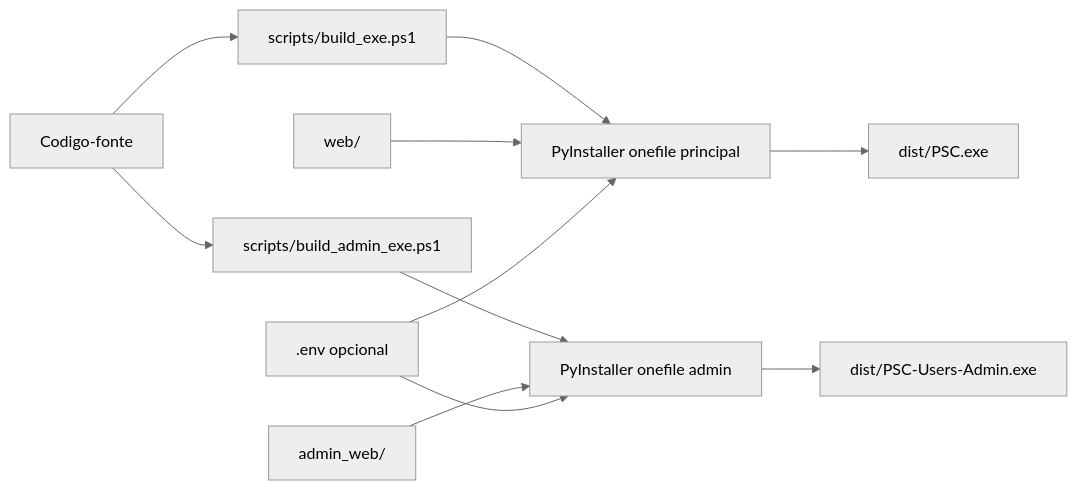
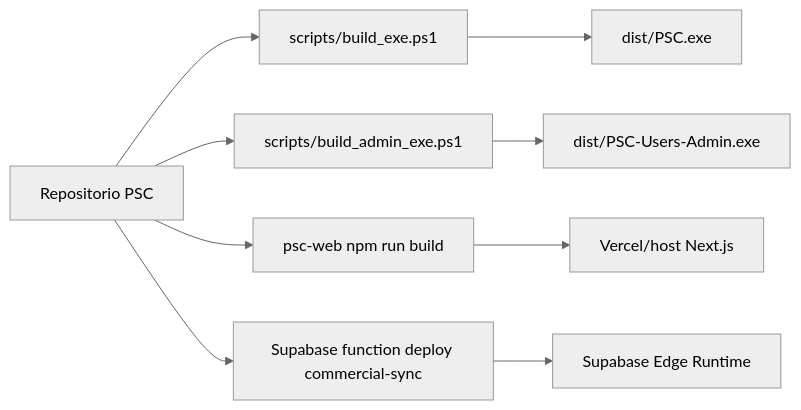
One commit to jpao08/PSC changed the sixth of 6 diagrams in docs/ai-context/SERVICE-DIAGRAM.md. Above: the diagram before and after it, drawn with Mermaid (neutral theme). The commit also changed other lines of this file and 40 other files, not shown here.

````diff
--- a/docs/ai-context/SERVICE-DIAGRAM.md
+++ b/docs/ai-context/SERVICE-DIAGRAM.md
@@ -42,13 +117,11 @@
 ```mermaid
 flowchart LR
-  Source[Codigo-fonte] --> BuildMain[scripts/build_exe.ps1]
+  Source[Repositorio PSC] --> BuildMain[scripts/build_exe.ps1]
   Source --> BuildAdmin[scripts/build_admin_exe.ps1]
-  BuildMain --> PyInstallerMain[PyInstaller onefile principal]
-  BuildAdmin --> PyInstallerAdmin[PyInstaller onefile admin]
-  PyInstallerMain --> MainExe[dist/PSC.exe]
-  PyInstallerAdmin --> AdminExe[dist/PSC-Users-Admin.exe]
-  Web[web/] --> PyInstallerMain
-  AdminWeb[admin_web/] --> PyInstallerAdmin
-  Env[.env opcional] --> PyInstallerMain
-  Env --> PyInstallerAdmin
+  BuildMain --> MainExe[dist/PSC.exe]
+  BuildAdmin --> AdminExe[dist/PSC-Users-Admin.exe]
+  Source --> NextBuild[psc-web npm run build]
+  NextBuild --> Vercel[Vercel/host Next.js]
+  Source --> EdgeDeploy[Supabase function deploy commercial-sync]
+  EdgeDeploy --> SupabaseEdge[Supabase Edge Runtime]
 ```
````
